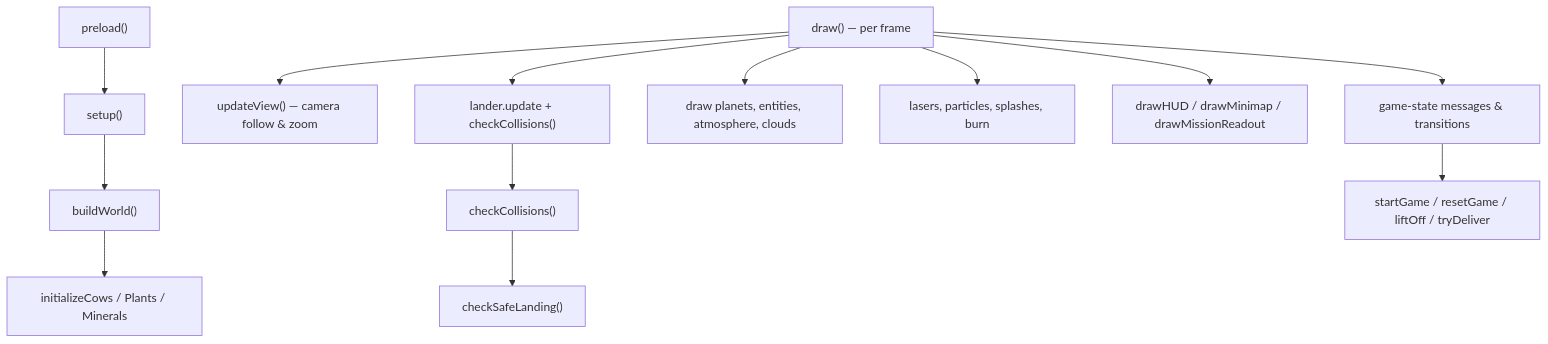
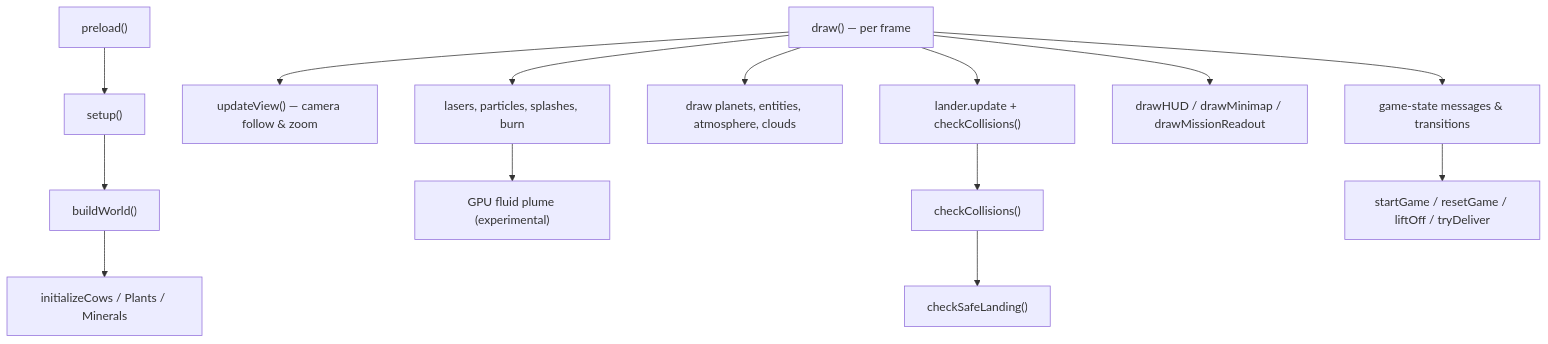
Before and after one commit to keithagroves/cow-abductor: the diagram in architecture/game-loop.md, drawn with Mermaid. The commit also changed other lines of this file and 6 other files, not shown here.

Commit message:
feat: implement experimental GPU fluid plume effect for lander exhaust

````diff
--- a/architecture/game-loop.md
+++ b/architecture/game-loop.md
@@ -14,33 +14,35 @@
 ```mermaid
 flowchart TD
     preload["preload()"] --> setup["setup()"]
     setup --> buildWorld["buildWorld()"]
     buildWorld --> initEnt["initializeCows / Plants / Minerals"]
 
     draw["draw() — per frame"]
     draw --> updateView["updateView() — camera follow & zoom"]
     draw --> physics["lander.update + checkCollisions()"]
     draw --> render["draw planets, entities, atmosphere, clouds"]
     draw --> effects["lasers, particles, splashes, burn"]
+    effects --> plume["GPU fluid plume (experimental)"]
     draw --> hud["drawHUD / drawMinimap / drawMissionReadout"]
     draw --> state["game-state messages & transitions"]
 
     physics --> checkCollisions["checkCollisions()"]
     checkCollisions --> checkSafeLanding["checkSafeLanding()"]
     state --> startGame["startGame / resetGame / liftOff / tryDeliver"]
 
     click preload call navigate("../src/sketch.js")
     click setup call navigate("../src/sketch.js")
     click buildWorld call navigate("../src/sketch.js")
     click initEnt call navigate("../src/sketch.js")
     click draw call navigate("../src/sketch.js")
     click updateView call navigate("../src/sketch.js")
     click physics call navigate("../src/sketch.js")
     click render call navigate("../src/sketch.js")
     click effects call navigate("../src/sketch.js")
     click hud call navigate("../src/sketch.js")
     click state call navigate("../src/sketch.js")
     click checkCollisions call navigate("../src/sketch.js")
     click checkSafeLanding call navigate("../src/sketch.js")
     click startGame call navigate("../src/sketch.js")
+    click plume call navigate("../src/effects/plumeFluid.js")
 ```
````
